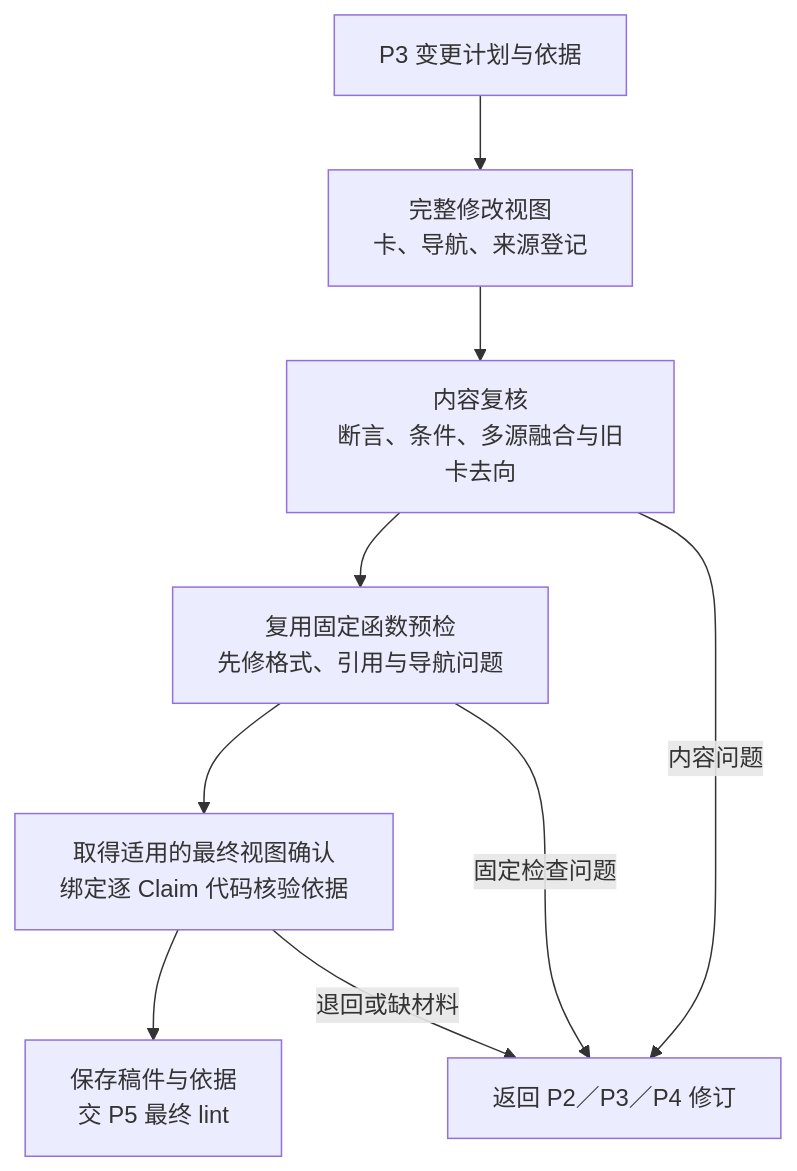
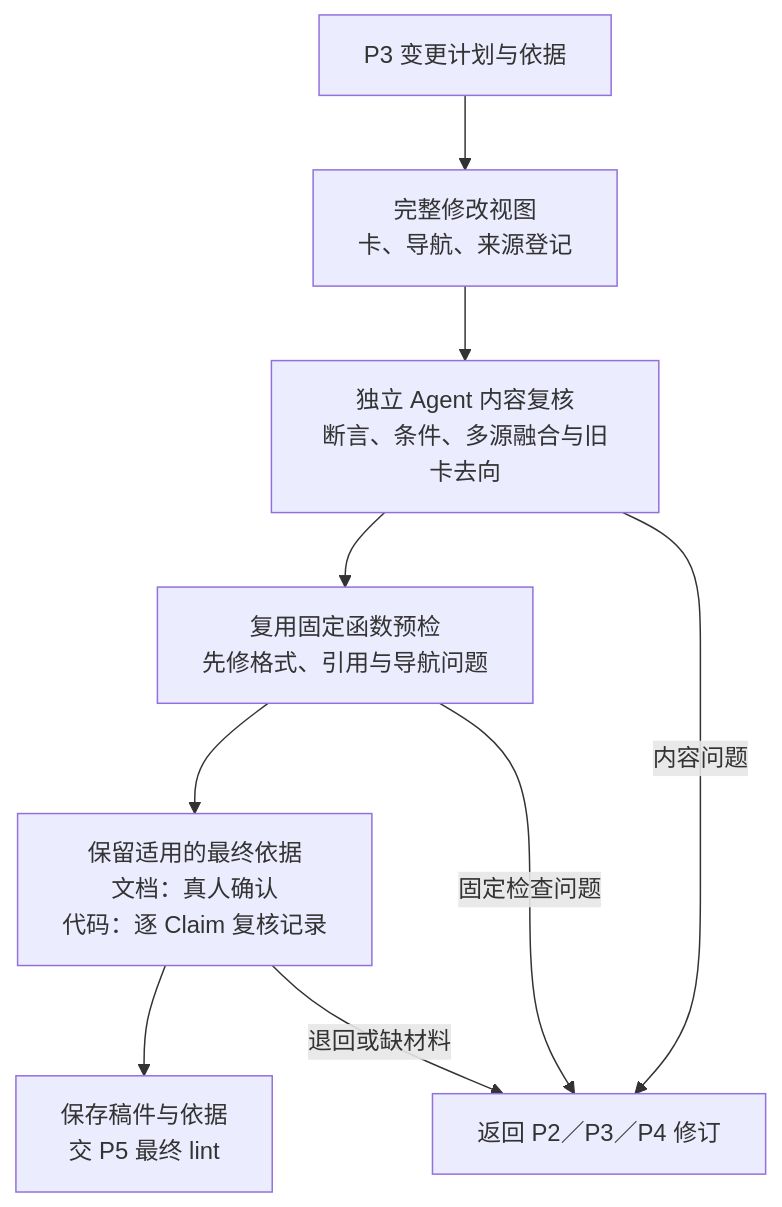
One commit to Robin-hhc/FactumCore changed diagram 12 of 19 in aiotbot-knowledge-wifi-mp/docs-llm-wiki/知识库详细设计.md. Above: the diagram before and after it, drawn with Mermaid. The commit also changed other lines of this file and 95 other files, not shown here.

First line of the commit message:
fix: complete local ingestion with independent Agent review

````diff
--- a/aiotbot-knowledge-wifi-mp/docs-llm-wiki/知识库详细设计.md
+++ b/aiotbot-knowledge-wifi-mp/docs-llm-wiki/知识库详细设计.md
@@ -508,11 +511,11 @@
 ```mermaid
 flowchart TD
     PLAN["P3 变更计划与依据"] --> VIEW["完整修改视图<br/>卡、导航、来源登记"]
-    VIEW --> REVIEW["内容复核<br/>断言、条件、多源融合与旧卡去向"]
+    VIEW --> REVIEW["独立 Agent 内容复核<br/>断言、条件、多源融合与旧卡去向"]
     REVIEW --> PRECHECK["复用固定函数预检<br/>先修格式、引用与导航问题"]
-    PRECHECK --> CONFIRM["取得适用的最终视图确认<br/>绑定逐 Claim 代码核验依据"]
+    PRECHECK --> CONFIRM["保留适用的最终依据<br/>文档：真人确认<br/>代码：逐 Claim 复核记录"]
     CONFIRM --> DRAFT["保存稿件与依据<br/>交 P5 最终 lint"]
     REVIEW -->|"内容问题"| BACK["返回 P2／P3／P4 修订"]
     PRECHECK -->|"固定检查问题"| BACK
     CONFIRM -->|"退回或缺材料"| BACK
 ```
````
